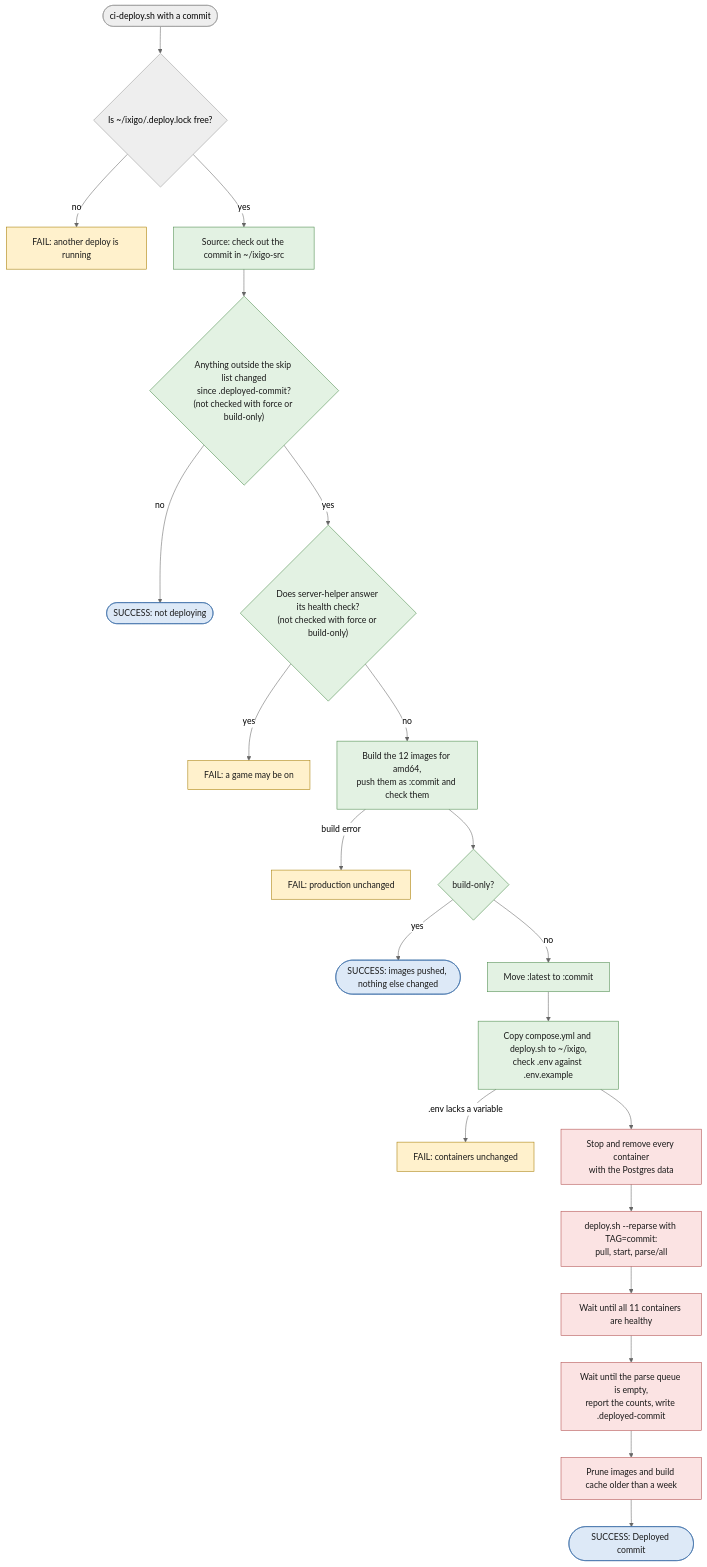
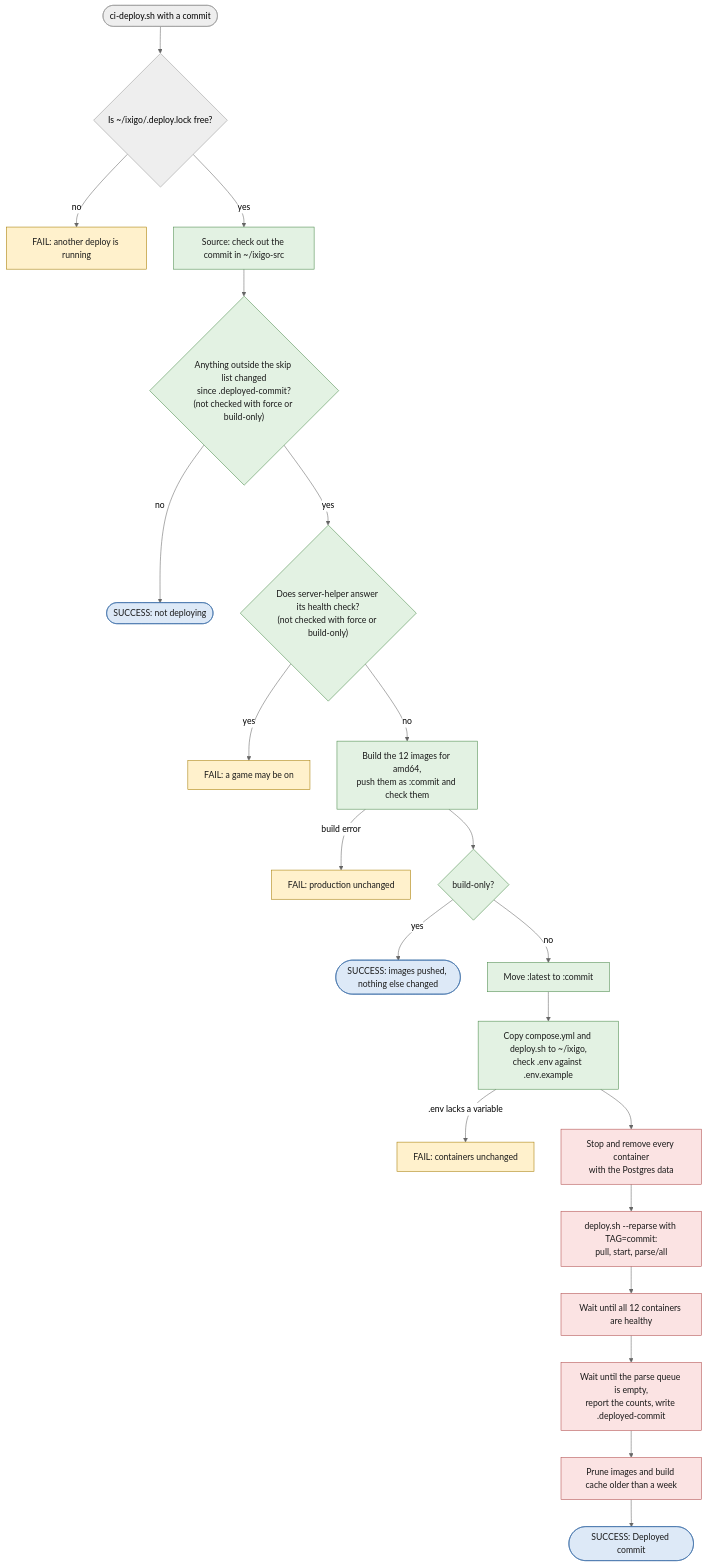
The third of 3 diagrams in docs/jenkins-pipeline.md (marcosolina/csgo_util), drawn with Mermaid (neutral theme) before and after one commit. The commit also changed other lines of this file and 2 other files, not shown here.

````diff
--- a/docs/jenkins-pipeline.md
+++ b/docs/jenkins-pipeline.md
@@ -102,32 +102,32 @@
 ```mermaid
 flowchart TD
     start(["ci-deploy.sh with a commit"]) --> lock{"Is ~/ixigo/.deploy.lock free?"}
     lock -- "no" --> f1["FAIL: another deploy is running"]
     lock -- "yes" --> source["Source: check out the commit in ~/ixigo-src"]
     source --> skip{"Anything outside the skip list changed<br/>since .deployed-commit?<br/>(not checked with force or build-only)"}
     skip -- "no" --> s1(["SUCCESS: not deploying"])
     skip -- "yes" --> game{"Does server-helper answer its health check?<br/>(not checked with force or build-only)"}
     game -- "yes" --> f2["FAIL: a game may be on"]
     game -- "no" --> build["Build the 12 images for amd64,<br/>push them as :commit and check them"]
     build -- "build error" --> f3["FAIL: production unchanged"]
     build --> bo{"build-only?"}
     bo -- "yes" --> s2(["SUCCESS: images pushed, nothing else changed"])
     bo -- "no" --> latest["Move :latest to :commit"]
     latest --> files["Copy compose.yml and deploy.sh to ~/ixigo,<br/>check .env against .env.example"]
     files -- ".env lacks a variable" --> f4["FAIL: containers unchanged"]
     files --> wipe["Stop and remove every container<br/>with the Postgres data"]
     wipe --> up["deploy.sh --reparse with TAG=commit:<br/>pull, start, parse/all"]
-    up --> health["Wait until all 11 containers are healthy"]
+    up --> health["Wait until all 12 containers are healthy"]
     health --> parse["Wait until the parse queue is empty,<br/>report the counts, write .deployed-commit"]
     parse --> prune["Prune images and build cache older than a week"]
     prune --> s3(["SUCCESS: Deployed commit"])
 
     classDef safe fill:#e3f2e3,stroke:#4a8a4a,color:#1a1a1a
     classDef live fill:#fbe3e3,stroke:#b04a4a,color:#1a1a1a
     class source,skip,game,build,bo,latest,files safe
     class wipe,up,health,parse,prune live
     classDef failed fill:#fff1cc,stroke:#a67c00,color:#1a1a1a
     classDef ok fill:#dde9f7,stroke:#3d6fa8,color:#1a1a1a
     class f1,f2,f3,f4 failed
     class s1,s2,s3 ok
 ```
````
